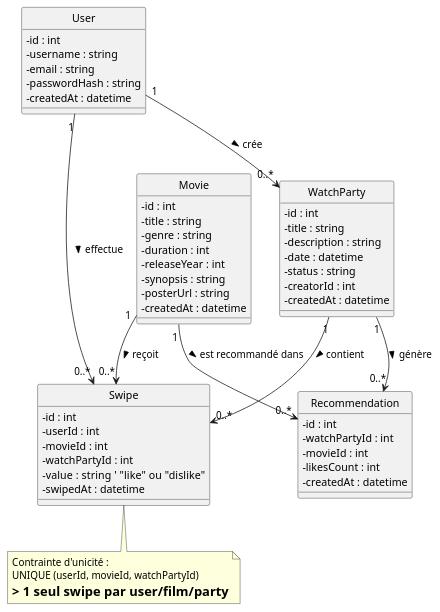
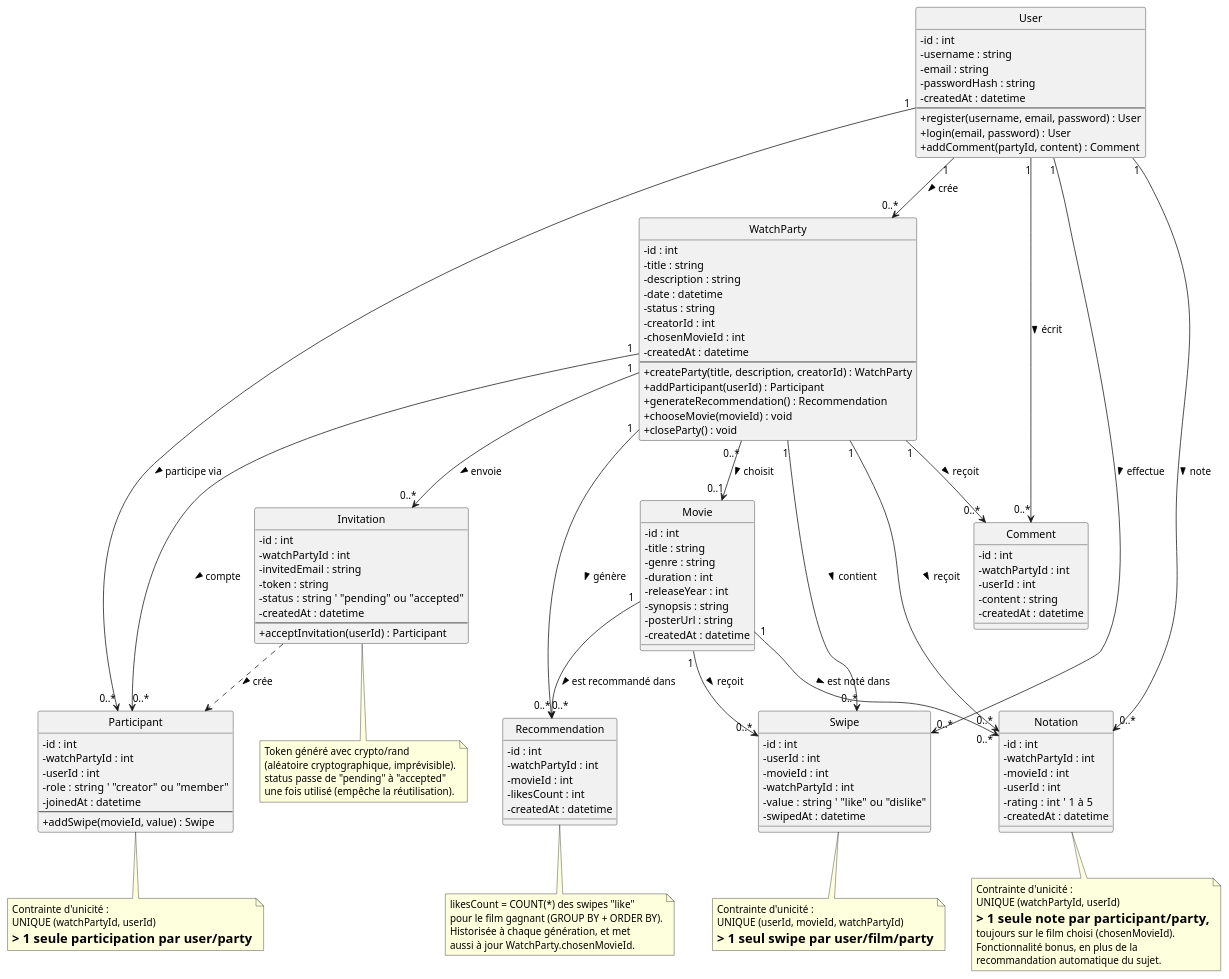
Before and after one commit to fatymut/watchparty: the diagram in docs/uml/class_diagram.puml, drawn with PlantUML. The commit also changed 22 other files, not shown here.

First line of the commit message:
Backend : recommandation restaurée, notation bonus, CRUD complet, JWT et UML associé

```diff
--- a/docs/uml/class_diagram.puml
+++ b/docs/uml/class_diagram.puml
@@ -1,76 +1,179 @@
 @startuml WatchParty - Diagramme de classes (Backend)
 ' Diagramme de classes du domaine métier WatchParty
 ' Calqué sur les modèles Go (internal/models) et le schéma MySQL (internal/database/database.go)
 
 skinparam classAttributeIconSize 0
 skinparam shadowing false
 hide circle
 
 class User {
   - id : int
   - username : string
   - email : string
   - passwordHash : string
   - createdAt : datetime
+  --
+  + register(username, email, password) : User
+  + login(email, password) : User
+  + addComment(partyId, content) : Comment
 }
 
 class WatchParty {
   - id : int
   - title : string
   - description : string
   - date : datetime
   - status : string
   - creatorId : int
+  - chosenMovieId : int
   - createdAt : datetime
+  --
+  + createParty(title, description, creatorId) : WatchParty
+  + addParticipant(userId) : Participant
+  + generateRecommendation() : Recommendation
+  + chooseMovie(movieId) : void
+  + closeParty() : void
 }
 
 class Movie {
   - id : int
   - title : string
   - genre : string
   - duration : int
   - releaseYear : int
   - synopsis : string
   - posterUrl : string
   - createdAt : datetime
 }
 
 class Swipe {
   - id : int
   - userId : int
   - movieId : int
   - watchPartyId : int
   - value : string  ' "like" ou "dislike"
   - swipedAt : datetime
 }
 
 class Recommendation {
   - id : int
   - watchPartyId : int
   - movieId : int
   - likesCount : int
   - createdAt : datetime
 }
 
+class Notation {
+  - id : int
+  - watchPartyId : int
+  - movieId : int
+  - userId : int
+  - rating : int  ' 1 à 5
+  - createdAt : datetime
+}
+
+class Participant {
+  - id : int
+  - watchPartyId : int
+  - userId : int
+  - role : string  ' "creator" ou "member"
+  - joinedAt : datetime
+  --
+  + addSwipe(movieId, value) : Swipe
+}
+
+class Invitation {
+  - id : int
+  - watchPartyId : int
+  - invitedEmail : string
+  - token : string
+  - status : string  ' "pending" ou "accepted"
+  - createdAt : datetime
+  --
+  + acceptInvitation(userId) : Participant
+}
+
+class Comment {
+  - id : int
+  - watchPartyId : int
+  - userId : int
+  - content : string
+  - createdAt : datetime
+}
+
 ' ----- Relations -----
 
 ' Un utilisateur peut créer plusieurs watch parties
 User "1" --> "0..*" WatchParty : crée >
 
 ' Un swipe relie un utilisateur, un film et une watch party
 User "1" --> "0..*" Swipe : effectue >
 Movie "1" --> "0..*" Swipe : reçoit >
 WatchParty "1" --> "0..*" Swipe : contient >
 
-' Une watch party aboutit à une ou plusieurs recommandations (historique),
-' chaque recommandation désigne un film gagnant
+' Une watch party aboutit à une ou plusieurs recommandations (historique) :
+' calcul automatique du film le plus liké, cœur du projet (cf. sujet)
 WatchParty "1" --> "0..*" Recommendation : génère >
 Movie "1" --> "0..*" Recommendation : est recommandé dans >
+
+' Une watch party choisit au plus un film (chosenMovieId, rempli automatiquement
+' par generateRecommendation(), ou manuellement via chooseMovie() en repli)
+WatchParty "0..*" --> "0..1" Movie : choisit >
+
+' Fonctionnalité bonus : le film choisi/recommandé reçoit une note de chaque participant
+WatchParty "1" --> "0..*" Notation : reçoit >
+Movie "1" --> "0..*" Notation : est noté dans >
+User "1" --> "0..*" Notation : note >
+
+' Participant relie User et WatchParty (relation many-to-many),
+' un utilisateur devient participant en créant une party ou en acceptant une invitation
+User "1" --> "0..*" Participant : participe via >
+WatchParty "1" --> "0..*" Participant : compte >
+
+' Une watch party peut envoyer plusieurs invitations par email
+WatchParty "1" --> "0..*" Invitation : envoie >
+
+' Les commentaires relient un utilisateur et une watch party
+User "1" --> "0..*" Comment : écrit >
+WatchParty "1" --> "0..*" Comment : reçoit >
+
+' Dépendance (pas une association permanente) :
+' acceptInvitation() crée un Participant, il ne le "possède" pas
+Invitation ..> Participant : crée >
 
 note bottom of Swipe
   Contrainte d'unicité :
   UNIQUE (userId, movieId, watchPartyId)
   => 1 seul swipe par user/film/party
 end note
 
+note bottom of Participant
+  Contrainte d'unicité :
+  UNIQUE (watchPartyId, userId)
+  => 1 seule participation par user/party
+end note
+
+note bottom of Invitation
+  Token généré avec crypto/rand
+  (aléatoire cryptographique, imprévisible).
+  status passe de "pending" à "accepted"
+  une fois utilisé (empêche la réutilisation).
+end note
+
+note bottom of Recommendation
+  likesCount = COUNT(*) des swipes "like"
+  pour le film gagnant (GROUP BY + ORDER BY).
+  Historisée à chaque génération, et met
+  aussi à jour WatchParty.chosenMovieId.
+end note
+
+note bottom of Notation
+  Contrainte d'unicité :
+  UNIQUE (watchPartyId, userId)
+  => 1 seule note par participant/party,
+  toujours sur le film choisi (chosenMovieId).
+  Fonctionnalité bonus, en plus de la
+  recommandation automatique du sujet.
+end note
+
 @enduml
```
